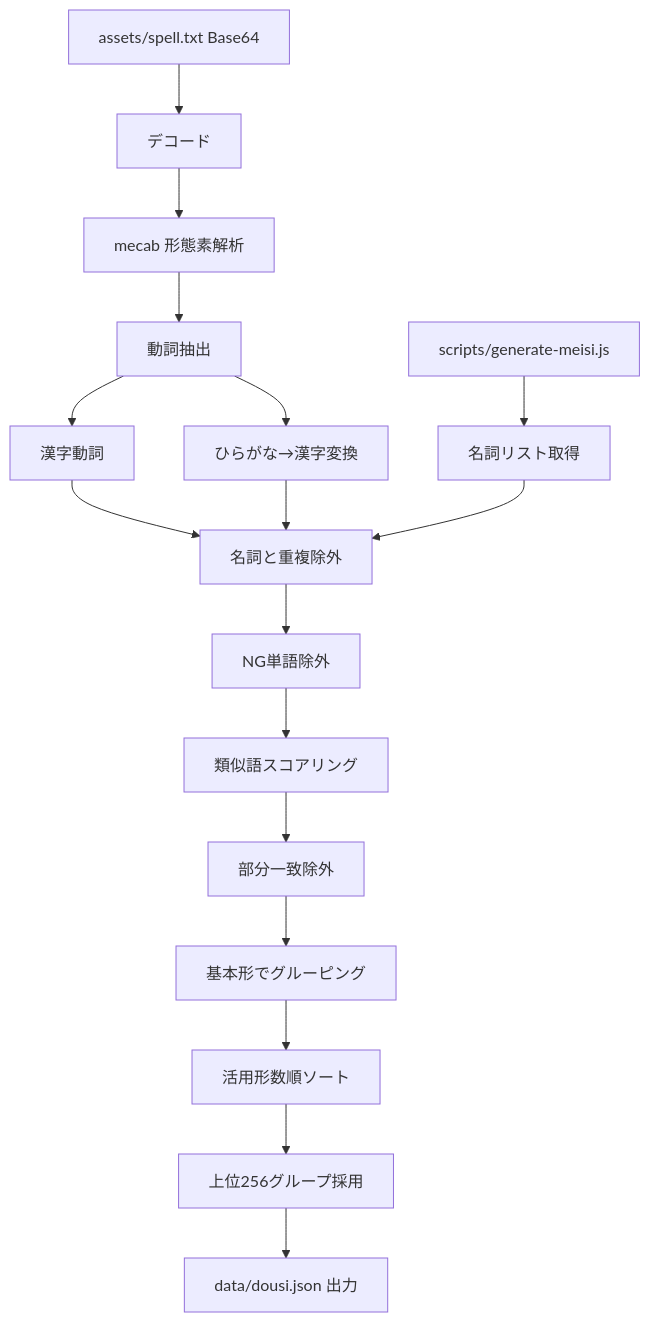
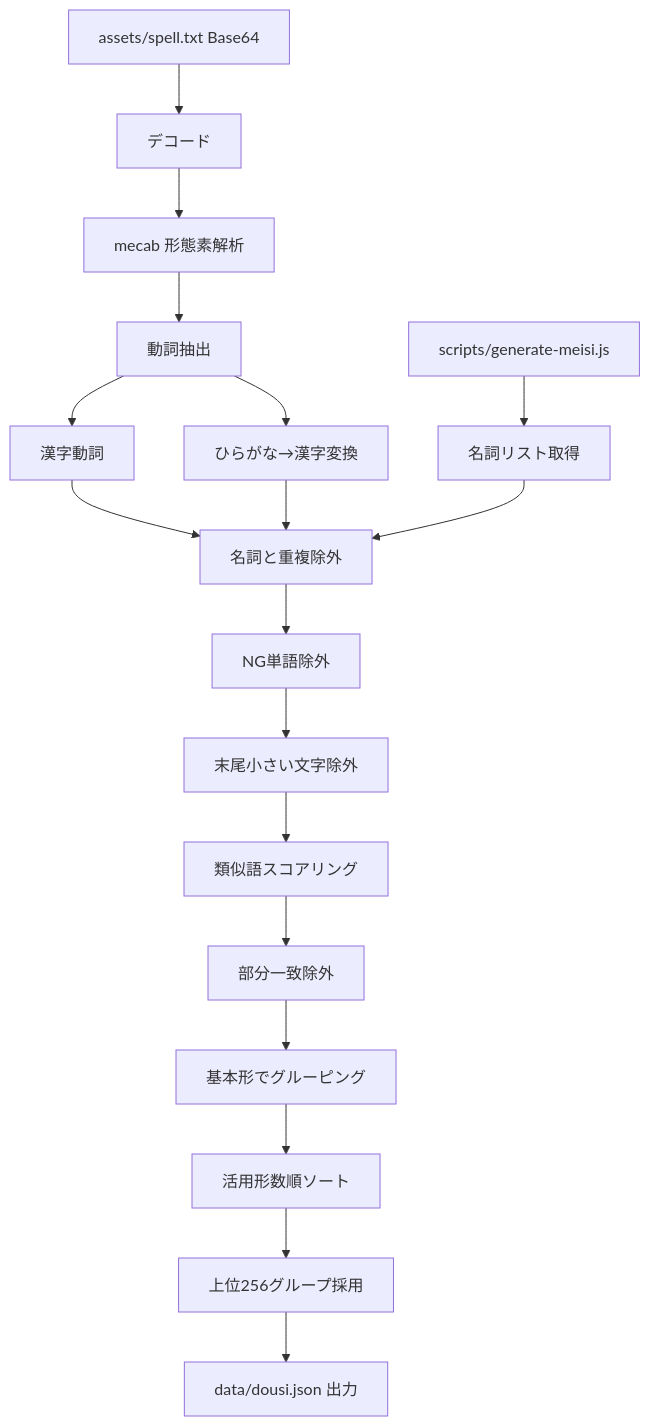
Before and after one commit to amanoese/yukichant: the fourth of 11 diagrams in docs/dictionary-generation.md, drawn with Mermaid. The commit also changed other lines of this file and 5 other files, not shown here.

````diff
--- a/docs/dictionary-generation.md
+++ b/docs/dictionary-generation.md
@@ -219,19 +225,20 @@
 ```mermaid
 flowchart TD
     A[scripts/generate-meisi.js] --> B[名詞リスト取得]
     C[assets/spell.txt Base64] --> D[デコード]
     D --> E[mecab 形態素解析]
     E --> F[動詞抽出]
     F --> F1[漢字動詞]
     F --> F2[ひらがな→漢字変換]
     F1 --> G[名詞と重複除外]
     F2 --> G
     B --> G
     G --> H[NG単語除外]
-    H --> I[類似語スコアリング]
-    I --> J[部分一致除外]
-    J --> K[基本形でグルーピング]
-    K --> L[活用形数順ソート]
-    L --> M[上位256グループ採用]
-    M --> N[data/dousi.json 出力]
+    H --> I[末尾小さい文字除外]
+    I --> J[類似語スコアリング]
+    J --> K[部分一致除外]
+    K --> L[基本形でグルーピング]
+    L --> M[活用形数順ソート]
+    M --> N[上位256グループ採用]
+    N --> O[data/dousi.json 出力]
 ```
````
